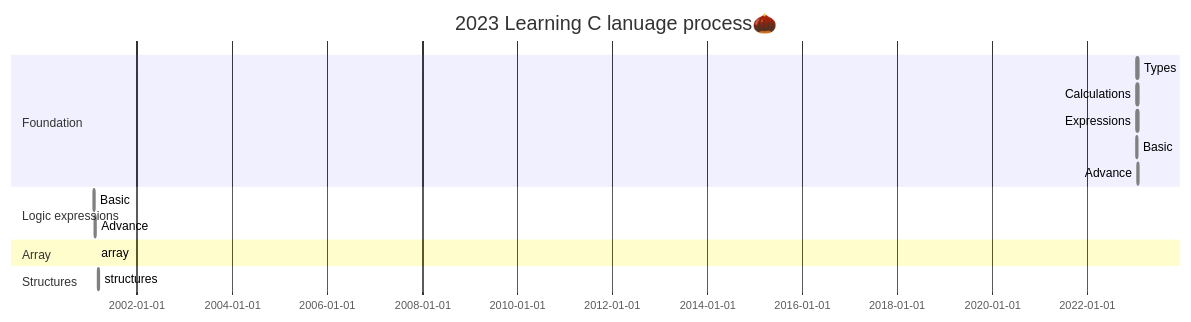
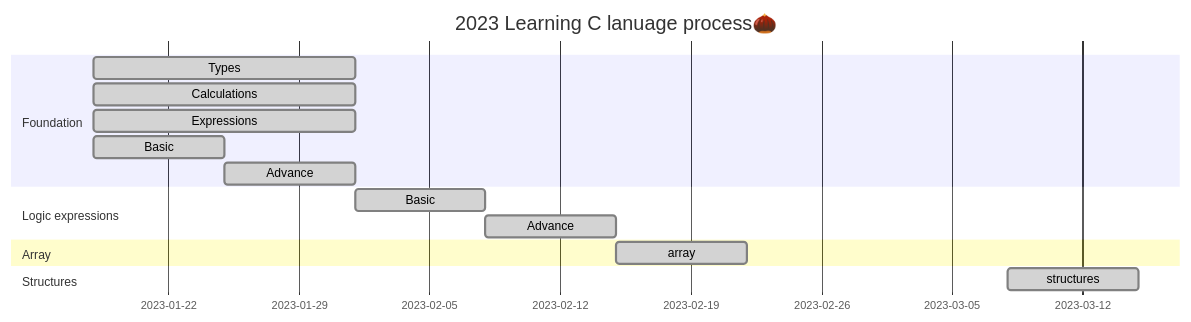
The second of 2 diagrams in README.md (AimeeWen1992/Learning-C), drawn with Mermaid before and after one commit.

````diff
--- a/README.md
+++ b/README.md
@@ -32,22 +32,22 @@
 ```mermaid
 gantt
 title 2023 Learning C lanuage process🌰
-%%dateFormat yyyy-mm-dd
+dateFormat MM-DD
 section Foundation          
-        Types        :done,2023-01-18,14d
-        Calculations :done,2023-01-18,14d
-        Expressions  :done,2023-01-18,14d
-        Basic   :done,2023-01-18,7d
-        Advance :done,2023-01-25,7d
+        Types        :done,01-18,14d
+        Calculations :done,01-18,14d
+        Expressions  :done,01-18,14d
+        Basic   :done,01-18,7d
+        Advance :done,01-25,7d
 
 section Logic expressions
         Basic   :done,des1,02-01,7d
         Advance :done,des2,after des1,7d
 
 section Array
         array :done,02-15,7d
 
 section Structures
         structures :done,03-08,7d
 
 ```
````
